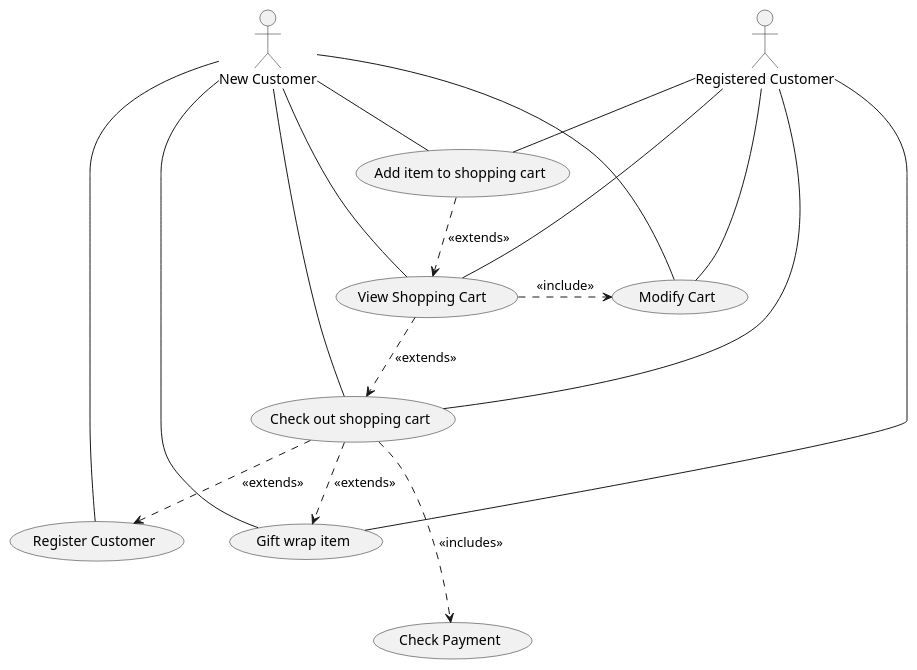
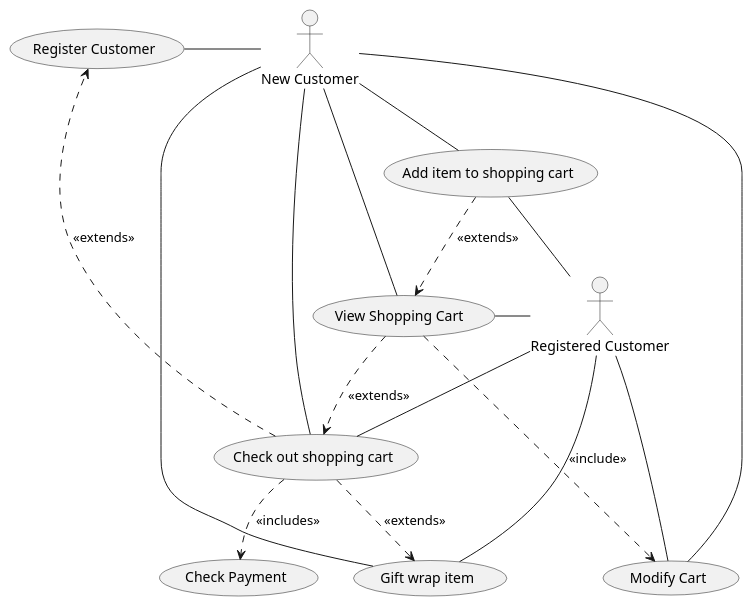
One commit to dyrel78/INFO_201 changed the diagram in milestone2/UseCase.puml. Above: the diagram before and after it, drawn with PlantUML. The commit also changed 3 other files, not shown here.

```diff
--- a/milestone2/UseCase.puml
+++ b/milestone2/UseCase.puml
@@ -4,50 +4,50 @@
 @startuml useCase
 
 
 
 actor :Registered Customer:  as  regCust
 actor :New Customer:  as  newCust
 
 usecase (Modify Cart) as Modify
 usecase (View Shopping Cart ) as View
 usecase (Add item to shopping cart) as AddItem
 usecase (Check out shopping cart) as Checkout
 usecase (Check Payment) as Payment
 usecase (Gift wrap item) as Gift
 usecase (Register Customer) as Register
 
 
-regCust -- AddItem
-regCust -- View
+regCust -left- AddItem
+regCust -left- View
 regCust -- Modify
 regCust -- Gift
 regCust -- Checkout
 
 
 
 newCust -- AddItem
 newCust -- View
 newCust -- Modify
-newCust -- Register
+newCust -left- Register
 newCust -- Gift
 newCust -- Checkout
 
 
 
 
 
 
 Checkout ..> Register : <<extends>>
-View .> Modify : <<include>>
+View ...> Modify : <<include>>
 View ..> Checkout : <<extends>>
 Checkout ..> Gift : <<extends>>
-Checkout ...> Payment : <<includes>>
+Checkout ..> Payment : <<includes>>
 AddItem ..> View : <<extends>>
 
 
 
 
 
 
 
 @endpuml 
```
